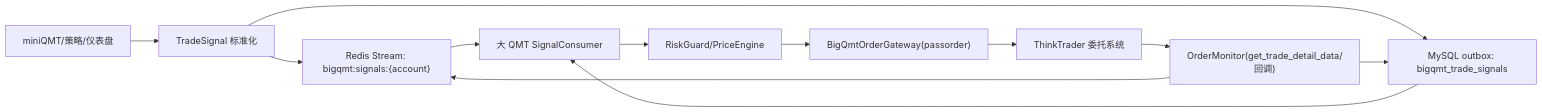
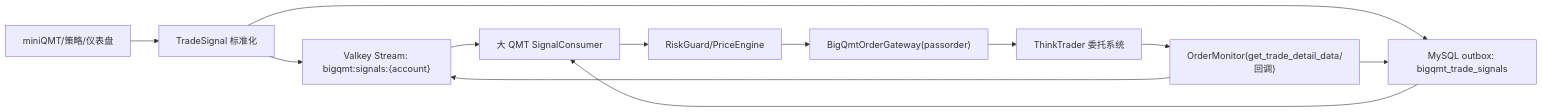
One commit to evilpapa/xtquant-big-convert changed the first of 3 diagrams in docs/BIGQMT_SIGNAL_TRADER_PLAN.md. Above: the diagram before and after it, drawn with Mermaid. The commit also changed other lines of this file and 210 other files, not shown here.

````diff
--- a/docs/BIGQMT_SIGNAL_TRADER_PLAN.md
+++ b/docs/BIGQMT_SIGNAL_TRADER_PLAN.md
@@ -52,14 +52,14 @@
 ```mermaid
 flowchart LR
     A["miniQMT/策略/仪表盘"] --> B["TradeSignal 标准化"]
-    B --> C["Redis Stream: bigqmt:signals:{account}"]
+    B --> C["Valkey Stream: bigqmt:signals:{account}"]
     B --> D["MySQL outbox: bigqmt_trade_signals"]
     C --> E["大 QMT SignalConsumer"]
     D --> E
     E --> F["RiskGuard/PriceEngine"]
     F --> G["BigQmtOrderGateway(passorder)"]
     G --> H["ThinkTrader 委托系统"]
     H --> I["OrderMonitor(get_trade_detail_data/回调)"]
     I --> C
     I --> D
 ```
````
